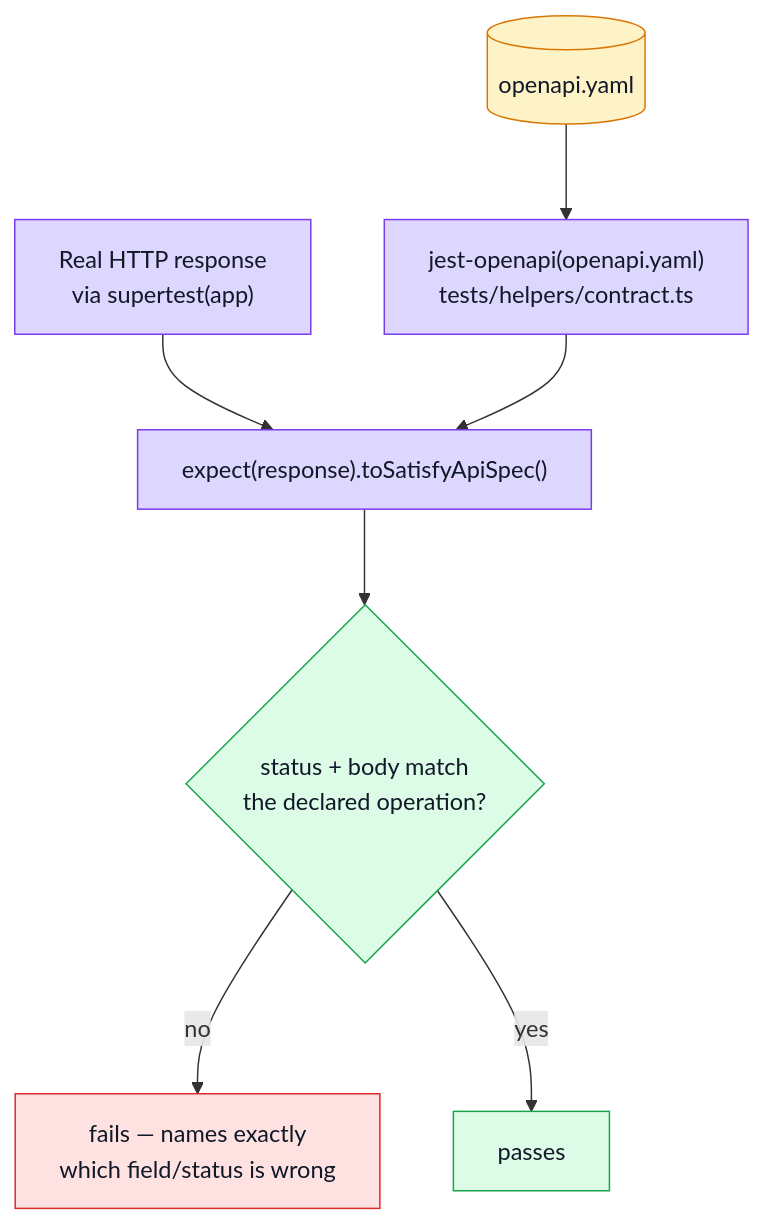
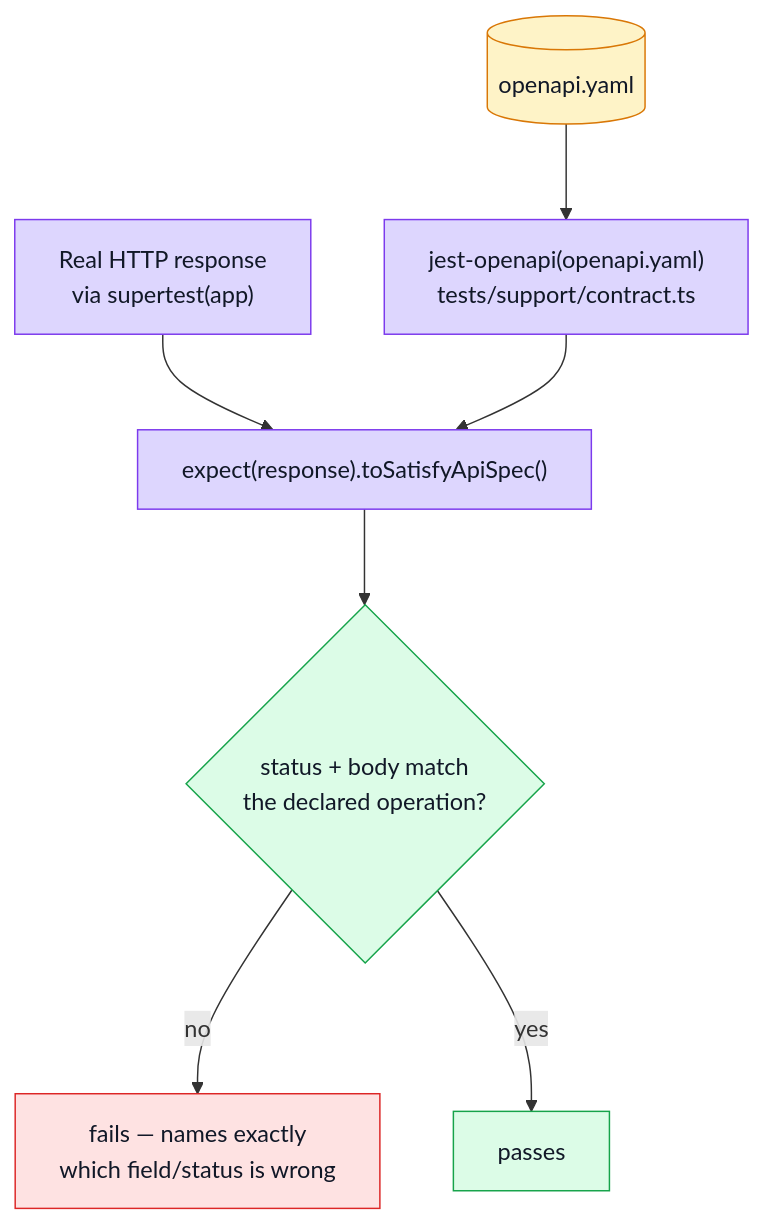
One commit to Guebbit/boilerplate-node-backend changed the diagram in docs/tools/contract-testing.md. Above: the diagram before and after it, drawn with Mermaid. The commit also changed other lines of this file and 684 other files, not shown here.

First line of the commit message:
feat!: 2.0.0 — modular architecture, fragmented contracts, domain layer

````diff
--- a/docs/tools/contract-testing.md
+++ b/docs/tools/contract-testing.md
@@ -25,19 +25,19 @@
 ```mermaid
 %%{init: {'flowchart': {'nodeSpacing': 50, 'rankSpacing': 65}}}%%
 flowchart TB
-    Spec[("openapi.yaml")] --> JestOpenAPI["jest-openapi(openapi.yaml)\ntests/helpers/contract.ts"]
+    Spec[("openapi.yaml")] --> JestOpenAPI["jest-openapi(openapi.yaml)\ntests/support/contract.ts"]
     Real["Real HTTP response\nvia supertest(app)"] --> Assert["expect(response).toSatisfyApiSpec()"]
     JestOpenAPI --> Assert
     Assert --> Check{"status + body match\nthe declared operation?"}
     Check -->|no| Fail["fails — names exactly\nwhich field/status is wrong"]
     Check -->|yes| Pass["passes"]
 
     classDef spec fill:#fef3c7,stroke:#d97706,color:#111827;
     classDef test fill:#ddd6fe,stroke:#7c3aed,color:#111827;
     classDef check fill:#dcfce7,stroke:#16a34a,color:#111827;
     classDef fail fill:#fee2e2,stroke:#dc2626,color:#111827;
     class Spec spec;
     class JestOpenAPI,Real,Assert test;
     class Check,Pass check;
     class Fail fail;
 ```
````
